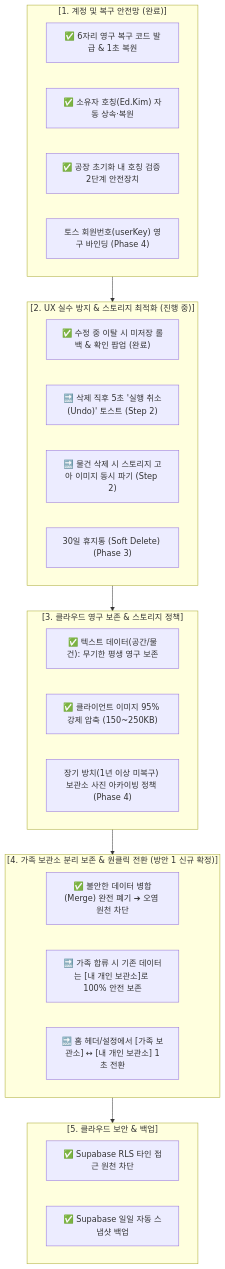
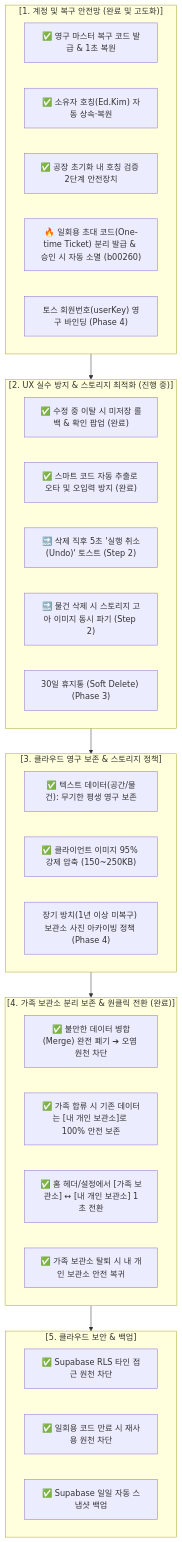
One commit to tauriqon/where-is-it changed the second of 3 diagrams in docs/roadmap_and_summary.md. Above: the diagram before and after it, drawn with Mermaid. The commit also changed other lines of this file and 7 other files, not shown here.

Commit message:
feat: implement one-time family invite code engine and update roadmap (v1.1.0-b00260)

````diff
--- a/docs/roadmap_and_summary.md
+++ b/docs/roadmap_and_summary.md
@@ -51,38 +58,42 @@
 ```mermaid
 flowchart TD
-    subgraph S1["[1. 계정 및 복구 안전망 (완료)]"]
-        S1_1["✅ 6자리 영구 복구 코드 발급 & 1초 복원"]
+    subgraph S1["[1. 계정 및 복구 안전망 (완료 및 고도화)]"]
+        S1_1["✅ 영구 마스터 복구 코드 발급 & 1초 복원"]
         S1_2["✅ 소유자 호칭(Ed.Kim) 자동 상속·복원"]
         S1_3["✅ 공장 초기화 내 호칭 검증 2단계 안전장치"]
-        S1_4["토스 회원번호(userKey) 영구 바인딩 (Phase 4)"]
+        S1_4["🔥 일회용 초대 코드(One-time Ticket) 분리 발급 & 승인 시 자동 소멸 (b00260)"]
+        S1_5["토스 회원번호(userKey) 영구 바인딩 (Phase 4)"]
     end
 
     subgraph S2["[2. UX 실수 방지 & 스토리지 최적화 (진행 중)]"]
         S2_1["✅ 수정 중 이탈 시 미저장 롤백 & 확인 팝업 (완료)"]
-        S2_2["🔜 삭제 직후 5초 '실행 취소(Undo)' 토스트 (Step 2)"]
-        S2_3["🔜 물건 삭제 시 스토리지 고아 이미지 동시 파기 (Step 2)"]
-        S2_4["30일 휴지통 (Soft Delete) (Phase 3)"]
+        S2_2["✅ 스마트 코드 자동 추출로 오타 및 오입력 방지 (완료)"]
+        S2_3["🔜 삭제 직후 5초 '실행 취소(Undo)' 토스트 (Step 2)"]
+        S2_4["🔜 물건 삭제 시 스토리지 고아 이미지 동시 파기 (Step 2)"]
+        S2_5["30일 휴지통 (Soft Delete) (Phase 3)"]
     end
 
     subgraph S3["[3. 클라우드 영구 보존 & 스토리지 정책]"]
         S3_1["✅ 텍스트 데이터(공간/물건): 무기한 평생 영구 보존"]
         S3_2["✅ 클라이언트 이미지 95% 강제 압축 (150~250KB)"]
         S3_3["장기 방치(1년 이상 미복구) 보관소 사진 아카이빙 정책 (Phase 4)"]
     end
 
-    subgraph S4["[4. 가족 보관소 분리 보존 & 원클릭 전환 (방안 1 신규 확정)]"]
+    subgraph S4["[4. 가족 보관소 분리 보존 & 원클릭 전환 (완료)]"]
         S4_1["✅ 불안한 데이터 병합(Merge) 완전 폐기 ➔ 오염 원천 차단"]
-        S4_2["🔜 가족 합류 시 기존 데이터는 [내 개인 보관소]로 100% 안전 보존"]
-        S4_3["🔜 홈 헤더/설정에서 [가족 보관소] ↔ [내 개인 보관소] 1초 전환"]
+        S4_2["✅ 가족 합류 시 기존 데이터는 [내 개인 보관소]로 100% 안전 보존"]
+        S4_3["✅ 홈 헤더/설정에서 [가족 보관소] ↔ [내 개인 보관소] 1초 전환"]
+        S4_4["✅ 가족 보관소 탈퇴 시 내 개인 보관소 안전 복귀"]
     end
 
     subgraph S5["[5. 클라우드 보안 & 백업]"]
         S5_1["✅ Supabase RLS 타인 접근 원천 차단"]
-        S5_2["✅ Supabase 일일 자동 스냅샷 백업"]
+        S5_2["✅ 일회용 코드 만료 시 재사용 원천 차단"]
+        S5_3["✅ Supabase 일일 자동 스냅샷 백업"]
     end
 
     S1 --> S2
     S2 --> S3
     S3 --> S4
     S4 --> S5
 ```
````
